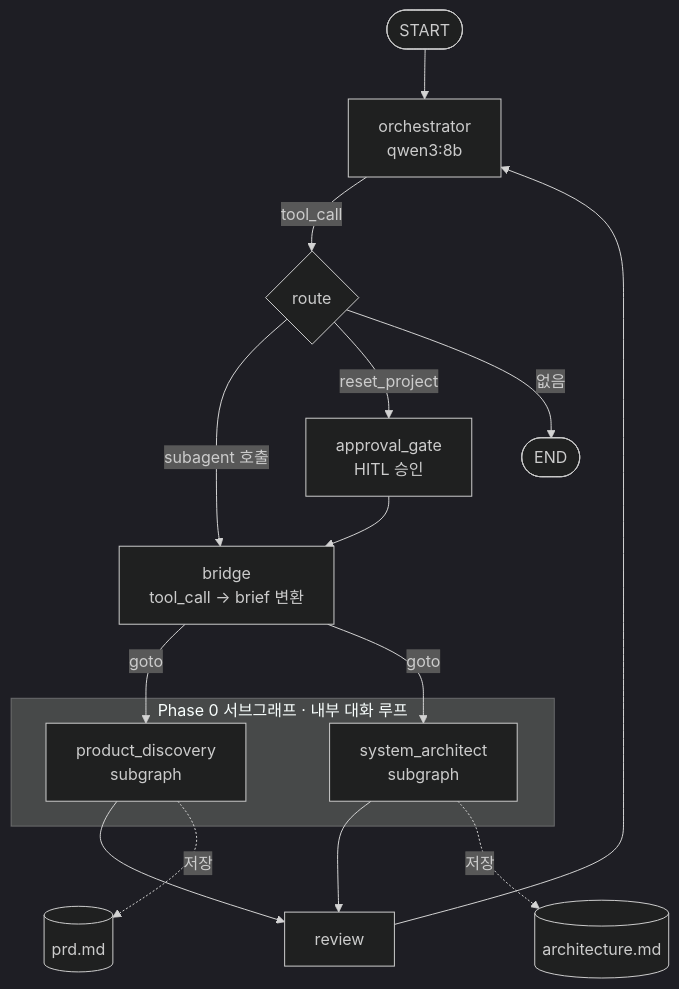
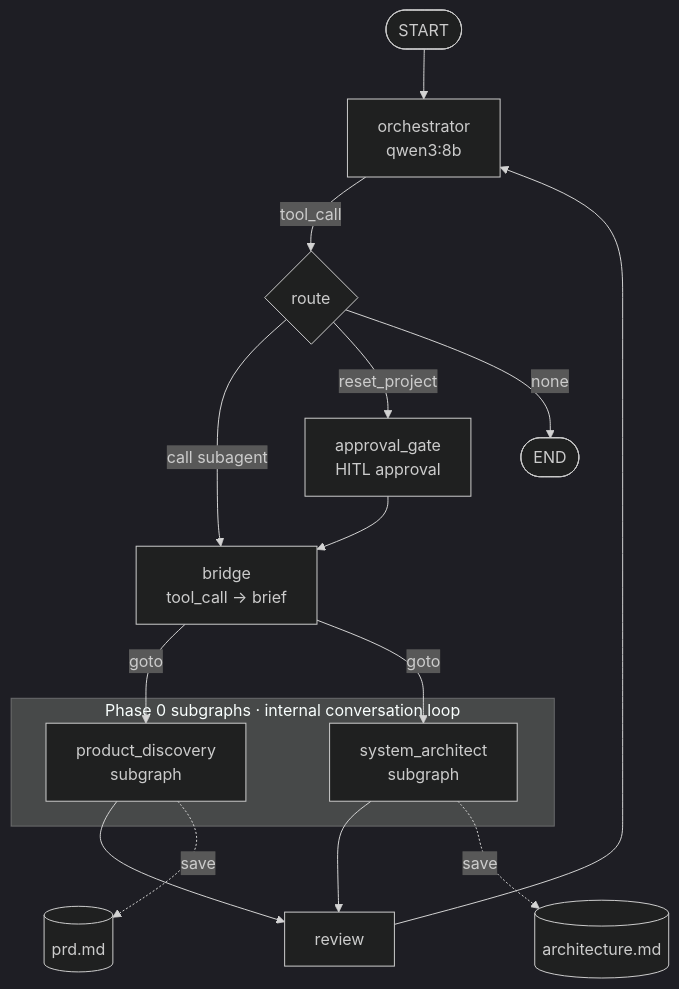
The diagram in README.md (bswebdevlpr/YourAiWorkforce), drawn with Mermaid (dark theme) before and after one commit. The commit also changed other lines of this file and 2 other files, not shown here.

````diff
--- a/README.md
+++ b/README.md
@@ -32,24 +35,24 @@
 ```mermaid
 flowchart TD
     START([START]) --> ORC[orchestrator<br/>qwen3:8b]
     ORC -->|tool_call| ROUTE{route}
-    ROUTE -->|subagent 호출| BRIDGE[bridge<br/>tool_call → brief 변환]
-    ROUTE -->|reset_project| GATE[approval_gate<br/>HITL 승인]
-    ROUTE -->|없음| END([END])
+    ROUTE -->|call subagent| BRIDGE[bridge<br/>tool_call → brief]
+    ROUTE -->|reset_project| GATE[approval_gate<br/>HITL approval]
+    ROUTE -->|none| END([END])
 
     BRIDGE -->|goto| PD[product_discovery<br/>subgraph]
     BRIDGE -->|goto| SA[system_architect<br/>subgraph]
 
-    subgraph phase0 [Phase 0 서브그래프 · 내부 대화 루프]
+    subgraph phase0 [Phase 0 subgraphs · internal conversation loop]
         PD
         SA
     end
 
     PD --> REVIEW[review]
     SA --> REVIEW
     GATE --> BRIDGE
     REVIEW --> ORC
 
-    PD -.->|저장| PRD[(prd.md)]
-    SA -.->|저장| ARCH[(architecture.md)]
+    PD -.->|save| PRD[(prd.md)]
+    SA -.->|save| ARCH[(architecture.md)]
 ```
````
